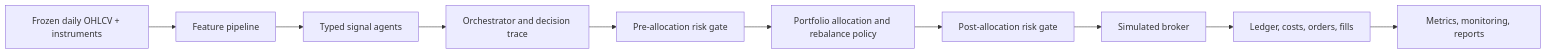
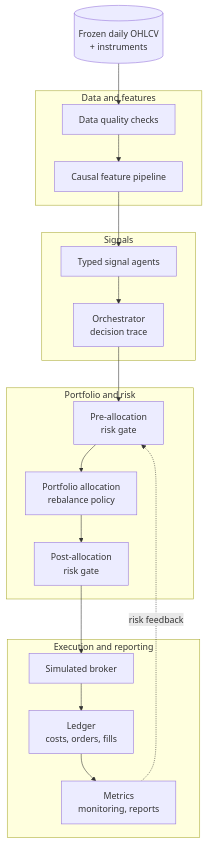
One commit to SergeySdv/ai-crypto-hedge-fund-research changed the diagram in README.md. Above: the diagram before and after it, drawn with Mermaid. The commit also changed 3 other files, not shown here.

````diff
--- a/README.md
+++ b/README.md
@@ -17,12 +17,29 @@
 ```mermaid
-flowchart LR
-  D[Frozen daily OHLCV + instruments] --> F[Feature pipeline]
-  F --> A[Typed signal agents]
-  A --> O[Orchestrator and decision trace]
-  O --> R1[Pre-allocation risk gate]
-  R1 --> P[Portfolio allocation and rebalance policy]
-  P --> R2[Post-allocation risk gate]
-  R2 --> B[Simulated broker]
-  B --> L[Ledger, costs, orders, fills]
-  L --> M[Metrics, monitoring, reports]
+flowchart TB
+  D[(Frozen daily OHLCV<br/>+ instruments)]
+
+  subgraph S1[Data and features]
+    Q[Data quality checks]
+    F[Causal feature pipeline]
+  end
+
+  subgraph S2[Signals]
+    A[Typed signal agents]
+    O[Orchestrator<br/>decision trace]
+  end
+
+  subgraph S3[Portfolio and risk]
+    R1[Pre-allocation<br/>risk gate]
+    P[Portfolio allocation<br/>rebalance policy]
+    R2[Post-allocation<br/>risk gate]
+  end
+
+  subgraph S4[Execution and reporting]
+    B[Simulated broker]
+    L[Ledger<br/>costs, orders, fills]
+    M[Metrics<br/>monitoring, reports]
+  end
+
+  D --> Q --> F --> A --> O --> R1 --> P --> R2 --> B --> L --> M
+  M -. risk feedback .-> R1
 ```
````
